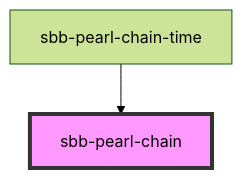
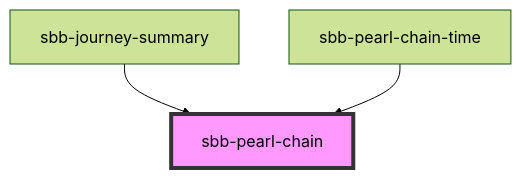
One commit to sbb-design-systems/lyne-components changed the diagram in src/components/sbb-pearl-chain/readme.md. Above: the diagram before and after it, drawn with Mermaid (forest theme). The commit also changed other lines of this file and 15 other files, not shown here.

Commit message:
feat(sbb-journey-summary): initial implementation (#1359)

````diff
--- a/src/components/sbb-pearl-chain/readme.md
+++ b/src/components/sbb-pearl-chain/readme.md
@@ -46,5 +47,6 @@
 ```mermaid
 graph TD;
+  sbb-journey-summary --> sbb-pearl-chain
   sbb-pearl-chain-time --> sbb-pearl-chain
   style sbb-pearl-chain fill:#f9f,stroke:#333,stroke-width:4px
 ```
````
